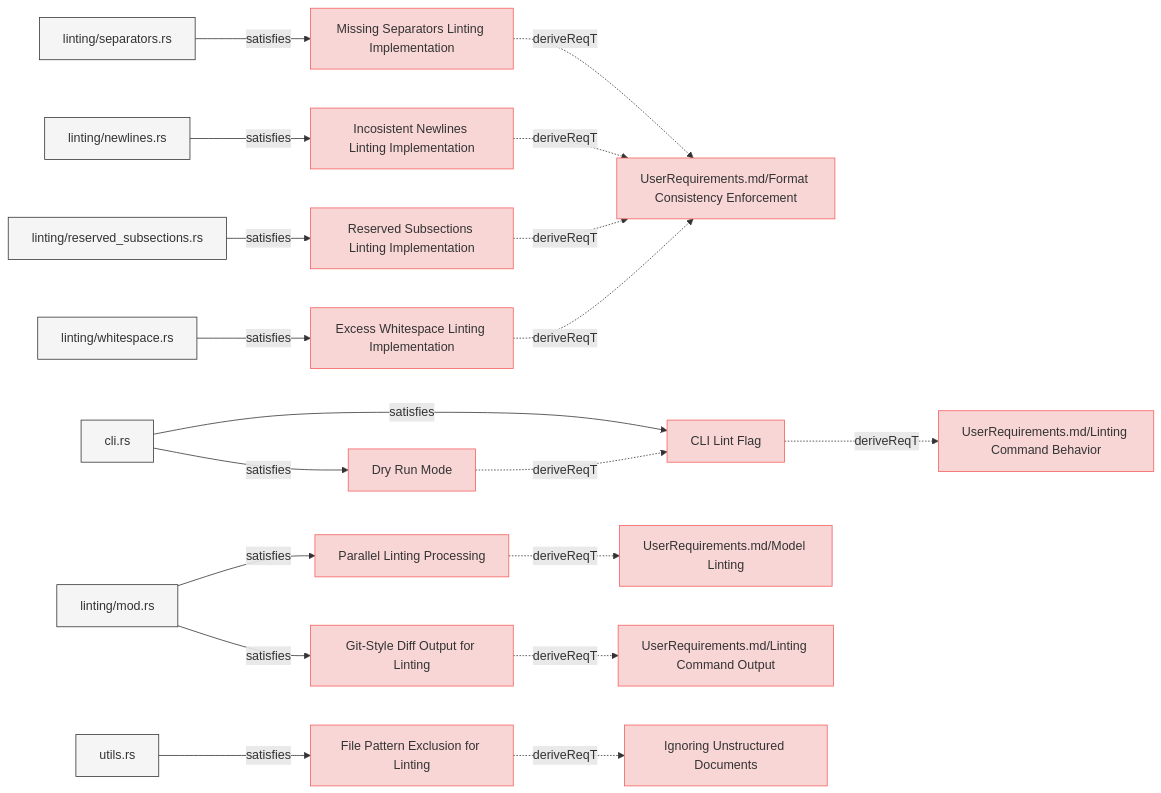
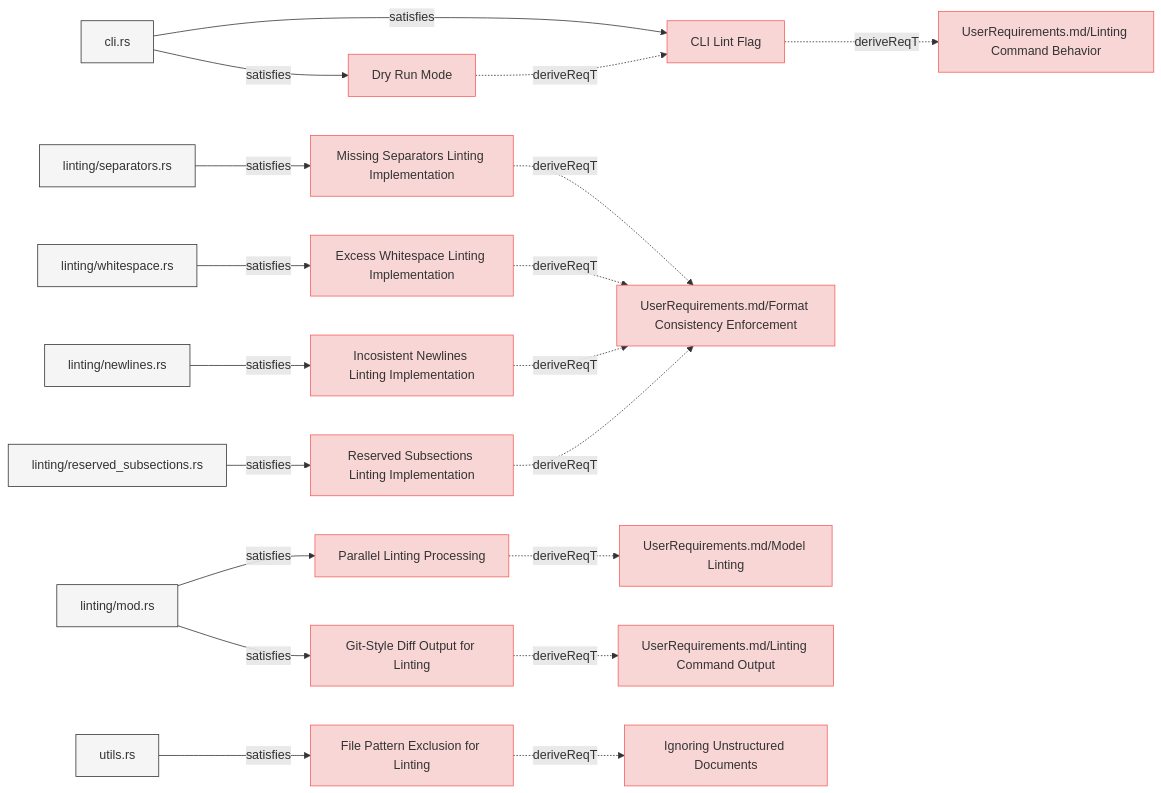
The first of 8 diagrams in specifications/SystemRequirements/Requirements.md (reqvire-org/reqvire), drawn with Mermaid before and after one commit. The commit also changed other lines of this file and 37 other files, not shown here.

Commit message:
Allow diagrams with blobs links when configured.

````diff
--- a/specifications/SystemRequirements/Requirements.md
+++ b/specifications/SystemRequirements/Requirements.md
@@ -9,85 +9,85 @@
   classDef externalLink fill:#d0e0ff,stroke:#3080ff,stroke-width:1px;
   classDef default fill:#f5f5f5,stroke:#333333,stroke-width:1px;
 
-  f540b21f7eced636["Missing Separators Linting Implementation"];
-  click f540b21f7eced636 "Requirements.md#missing-separators-linting-implementation";
-  class f540b21f7eced636 requirement;
-  1ddbeea0cf8eaad5["UserRequirements.md/Format Consistency Enforcement"];
-  class 1ddbeea0cf8eaad5 requirement;
-  click 1ddbeea0cf8eaad5 "../UserRequirements.md#format-consistency-enforcement";
-  f540b21f7eced636 -.->|deriveReqT| 1ddbeea0cf8eaad5;
-  45e2af09e602182a["linting/separators.rs"];
-  class 45e2af09e602182a default;
-  click 45e2af09e602182a "../../core/src/linting/separators.rs";
-  45e2af09e602182a -->|satisfies| f540b21f7eced636;
-  c87ad8ce58149089["Parallel Linting Processing"];
-  click c87ad8ce58149089 "Requirements.md#parallel-linting-processing";
-  class c87ad8ce58149089 requirement;
-  84c4dc11e82e8638["UserRequirements.md/Model Linting"];
-  class 84c4dc11e82e8638 requirement;
-  click 84c4dc11e82e8638 "../UserRequirements.md#model-linting";
-  c87ad8ce58149089 -.->|deriveReqT| 84c4dc11e82e8638;
-  3e39cdcf485c5250["linting/mod.rs"];
-  class 3e39cdcf485c5250 default;
-  click 3e39cdcf485c5250 "../../core/src/linting/mod.rs";
-  3e39cdcf485c5250 -->|satisfies| c87ad8ce58149089;
-  3f235c1000d5347f["CLI Lint Flag"];
-  click 3f235c1000d5347f "Requirements.md#cli-lint-flag";
-  class 3f235c1000d5347f requirement;
-  28b0f9fa78937e61["UserRequirements.md/Linting Command Behavior"];
-  class 28b0f9fa78937e61 requirement;
-  click 28b0f9fa78937e61 "../UserRequirements.md#linting-command";
-  3f235c1000d5347f -.->|deriveReqT| 28b0f9fa78937e61;
-  2f21d2133dbfd205["cli.rs"];
-  class 2f21d2133dbfd205 default;
-  click 2f21d2133dbfd205 "../../cli/src/cli.rs";
-  2f21d2133dbfd205 -->|satisfies| 3f235c1000d5347f;
-  e42a0715e74ccd66["Incosistent Newlines Linting Implementation"];
-  click e42a0715e74ccd66 "Requirements.md#incosistent-newlines-linting-implementation";
-  class e42a0715e74ccd66 requirement;
-  e42a0715e74ccd66 -.->|deriveReqT| 1ddbeea0cf8eaad5;
-  411d20097517505a["linting/newlines.rs"];
-  class 411d20097517505a default;
-  click 411d20097517505a "../../core/src/linting/newlines.rs";
-  411d20097517505a -->|satisfies| e42a0715e74ccd66;
-  48e8a0b4b18111c4["File Pattern Exclusion for Linting"];
-  click 48e8a0b4b18111c4 "Requirements.md#file-pattern-exclusion-for-linting";
-  class 48e8a0b4b18111c4 requirement;
-  be5c69c33c5a4cf6["Ignoring Unstructured Documents"];
-  class be5c69c33c5a4cf6 requirement;
-  click be5c69c33c5a4cf6 "Requirements.md#ignoring-unstructured-documents";
-  48e8a0b4b18111c4 -.->|deriveReqT| be5c69c33c5a4cf6;
-  85989fd7bb727157["utils.rs"];
-  class 85989fd7bb727157 default;
-  click 85989fd7bb727157 "../../core/src/utils.rs";
-  85989fd7bb727157 -->|satisfies| 48e8a0b4b18111c4;
-  d21b16b30de7350d["Dry Run Mode"];
-  click d21b16b30de7350d "Requirements.md#dry-run-mode";
-  class d21b16b30de7350d requirement;
-  d21b16b30de7350d -.->|deriveReqT| 3f235c1000d5347f;
-  2f21d2133dbfd205 -->|satisfies| d21b16b30de7350d;
-  56174a2a92eb637["Reserved Subsections Linting Implementation"];
-  click 56174a2a92eb637 "Requirements.md#reserved-subsections-linting-implementation";
-  class 56174a2a92eb637 requirement;
-  56174a2a92eb637 -.->|deriveReqT| 1ddbeea0cf8eaad5;
-  8c7c2481d50c628c["linting/reserved_subsections.rs"];
-  class 8c7c2481d50c628c default;
-  click 8c7c2481d50c628c "../../core/src/linting/indentation.rs";
-  8c7c2481d50c628c -->|satisfies| 56174a2a92eb637;
-  7c2ad2603d27c318["Git-Style Diff Output for Linting"];
-  click 7c2ad2603d27c318 "Requirements.md#git-style-diff-output-for-linting";
-  class 7c2ad2603d27c318 requirement;
-  62c066a5aad4dafe["UserRequirements.md/Linting Command Output"];
-  class 62c066a5aad4dafe requirement;
-  click 62c066a5aad4dafe "../UserRequirements.md#linting-command-output";
-  7c2ad2603d27c318 -.->|deriveReqT| 62c066a5aad4dafe;
-  3e39cdcf485c5250 -->|satisfies| 7c2ad2603d27c318;
-  ab8dfb01e717d34["Excess Whitespace Linting Implementation"];
-  click ab8dfb01e717d34 "Requirements.md#excess-whitespace-linting-implementation";
-  class ab8dfb01e717d34 requirement;
-  ab8dfb01e717d34 -.->|deriveReqT| 1ddbeea0cf8eaad5;
-  fd5178bf78bae55c["linting/whitespace.rs"];
-  class fd5178bf78bae55c default;
-  click fd5178bf78bae55c "../../core/src/linting/whitespace.rs";
-  fd5178bf78bae55c -->|satisfies| ab8dfb01e717d34;
+  7d3a6a25db09c1b2["CLI Lint Flag"];
+  click 7d3a6a25db09c1b2 "specifications/SystemRequirements/Requirements.md#cli-lint-flag#cli-lint-flag";
+  class 7d3a6a25db09c1b2 requirement;
+  a51179cda67cf9f2["UserRequirements.md/Linting Command Behavior"];
+  class a51179cda67cf9f2 requirement;
+  click a51179cda67cf9f2 "specifications/UserRequirements.md#linting-command#linting-command";
+  7d3a6a25db09c1b2 -.->|deriveReqT| a51179cda67cf9f2;
+  80defdd4cbc7ee18["cli.rs"];
+  class 80defdd4cbc7ee18 default;
+  click 80defdd4cbc7ee18 "cli/src/cli.rs";
+  80defdd4cbc7ee18 -->|satisfies| 7d3a6a25db09c1b2;
+  e4ccc71cd6ef4e9e["Dry Run Mode"];
+  click e4ccc71cd6ef4e9e "specifications/SystemRequirements/Requirements.md#dry-run-mode#dry-run-mode";
+  class e4ccc71cd6ef4e9e requirement;
+  e4ccc71cd6ef4e9e -.->|deriveReqT| 7d3a6a25db09c1b2;
+  80defdd4cbc7ee18 -->|satisfies| e4ccc71cd6ef4e9e;
+  719bf8b75772947d["Missing Separators Linting Implementation"];
+  click 719bf8b75772947d "specifications/SystemRequirements/Requirements.md#missing-separators-linting-implementation#missing-separators-linting-implementation";
+  class 719bf8b75772947d requirement;
+  974ccf933675ef44["UserRequirements.md/Format Consistency Enforcement"];
+  class 974ccf933675ef44 requirement;
+  click 974ccf933675ef44 "specifications/UserRequirements.md#format-consistency-enforcement#format-consistency-enforcement";
+  719bf8b75772947d -.->|deriveReqT| 974ccf933675ef44;
+  9cbd45fe044171ec["linting/separators.rs"];
+  class 9cbd45fe044171ec default;
+  click 9cbd45fe044171ec "core/src/linting/separators.rs";
+  9cbd45fe044171ec -->|satisfies| 719bf8b75772947d;
+  9f473f6e0b993cac["Excess Whitespace Linting Implementation"];
+  click 9f473f6e0b993cac "specifications/SystemRequirements/Requirements.md#excess-whitespace-linting-implementation#excess-whitespace-linting-implementation";
+  class 9f473f6e0b993cac requirement;
+  9f473f6e0b993cac -.->|deriveReqT| 974ccf933675ef44;
+  63a0f5a33e87fcee["linting/whitespace.rs"];
+  class 63a0f5a33e87fcee default;
+  click 63a0f5a33e87fcee "core/src/linting/whitespace.rs";
+  63a0f5a33e87fcee -->|satisfies| 9f473f6e0b993cac;
+  47401bd64e231632["Parallel Linting Processing"];
+  click 47401bd64e231632 "specifications/SystemRequirements/Requirements.md#parallel-linting-processing#parallel-linting-processing";
+  class 47401bd64e231632 requirement;
+  7305c1d6f7f1e2b2["UserRequirements.md/Model Linting"];
+  class 7305c1d6f7f1e2b2 requirement;
+  click 7305c1d6f7f1e2b2 "specifications/UserRequirements.md#model-linting#model-linting";
+  47401bd64e231632 -.->|deriveReqT| 7305c1d6f7f1e2b2;
+  c418c3775592f201["linting/mod.rs"];
+  class c418c3775592f201 default;
+  click c418c3775592f201 "core/src/linting/mod.rs";
+  c418c3775592f201 -->|satisfies| 47401bd64e231632;
+  7d44a9de72f2ed11["Incosistent Newlines Linting Implementation"];
+  click 7d44a9de72f2ed11 "specifications/SystemRequirements/Requirements.md#incosistent-newlines-linting-implementation#incosistent-newlines-linting-implementation";
+  class 7d44a9de72f2ed11 requirement;
+  7d44a9de72f2ed11 -.->|deriveReqT| 974ccf933675ef44;
+  aab06119b34eec74["linting/newlines.rs"];
+  class aab06119b34eec74 default;
+  click aab06119b34eec74 "core/src/linting/newlines.rs";
+  aab06119b34eec74 -->|satisfies| 7d44a9de72f2ed11;
+  bef37c31db69b66a["File Pattern Exclusion for Linting"];
+  click bef37c31db69b66a "specifications/SystemRequirements/Requirements.md#file-pattern-exclusion-for-linting#file-pattern-exclusion-for-linting";
+  class bef37c31db69b66a requirement;
+  be83c2991e9535c7["Ignoring Unstructured Documents"];
+  class be83c2991e9535c7 requirement;
+  click be83c2991e9535c7 "specifications/SystemRequirements/Requirements.md#ignoring-unstructured-documents#ignoring-unstructured-documents";
+  bef37c31db69b66a -.->|deriveReqT| be83c2991e9535c7;
+  ce2625feec883e55["utils.rs"];
+  class ce2625feec883e55 default;
+  click ce2625feec883e55 "core/src/utils.rs";
+  ce2625feec883e55 -->|satisfies| bef37c31db69b66a;
+  b7dd9db7a1290b97["Git-Style Diff Output for Linting"];
+  click b7dd9db7a1290b97 "specifications/SystemRequirements/Requirements.md#git-style-diff-output-for-linting#git-style-diff-output-for-linting";
+  class b7dd9db7a1290b97 requirement;
+  ec10e748b5e9516e["UserRequirements.md/Linting Command Output"];
+  class ec10e748b5e9516e requirement;
+  click ec10e748b5e9516e "specifications/UserRequirements.md#linting-command-output#linting-command-output";
+  b7dd9db7a1290b97 -.->|deriveReqT| ec10e748b5e9516e;
+  c418c3775592f201 -->|satisfies| b7dd9db7a1290b97;
+  a7bd845c64d1685e["Reserved Subsections Linting Implementation"];
+  click a7bd845c64d1685e "specifications/SystemRequirements/Requirements.md#reserved-subsections-linting-implementation#reserved-subsections-linting-implementation";
+  class a7bd845c64d1685e requirement;
+  a7bd845c64d1685e -.->|deriveReqT| 974ccf933675ef44;
+  4ef2e0c1cdbc35ab["linting/reserved_subsections.rs"];
+  class 4ef2e0c1cdbc35ab default;
+  click 4ef2e0c1cdbc35ab "core/src/linting/indentation.rs";
+  4ef2e0c1cdbc35ab -->|satisfies| a7bd845c64d1685e;
 ```
````
